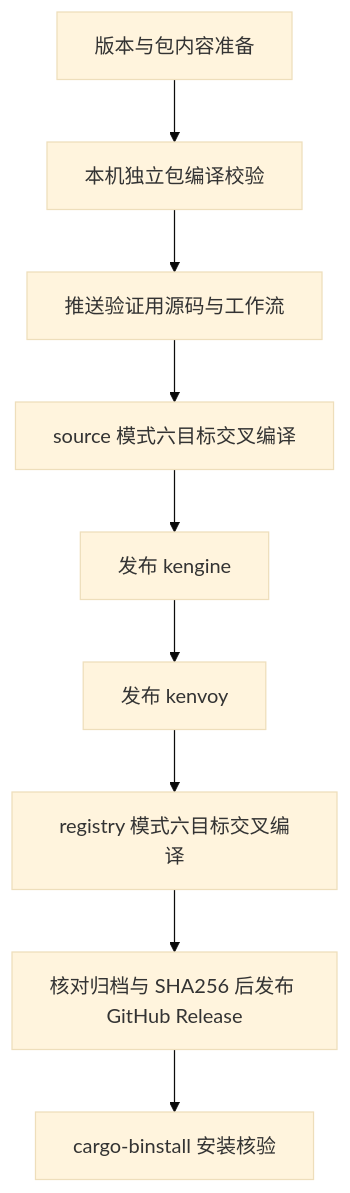
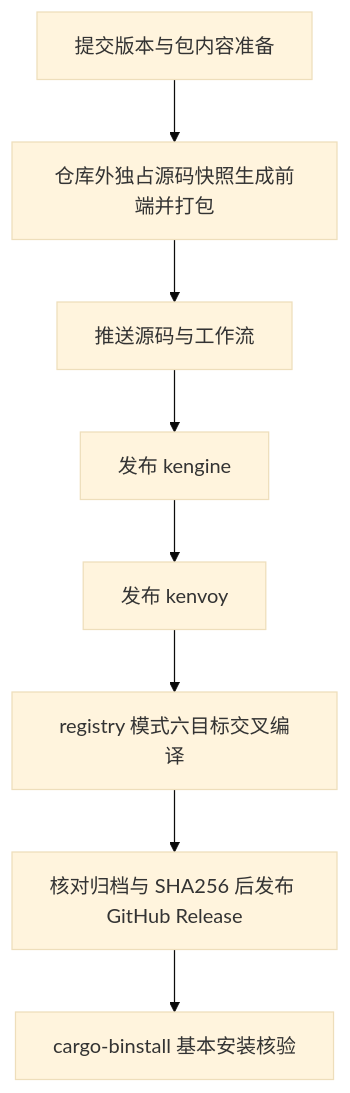
One commit to zerobiubiu/kenvoy changed the diagram in docs/operations/releasing.md. Above: the diagram before and after it, drawn with Mermaid (base theme). The commit also changed other lines of this file and 4 other files, not shown here.

````diff
--- a/docs/operations/releasing.md
+++ b/docs/operations/releasing.md
@@ -13,11 +13,10 @@
 ```mermaid
 flowchart TD
-  A[版本与包内容准备] --> B[本机独立包编译校验]
-  B --> C[推送验证用源码与工作流]
-  C --> D[source 模式六目标交叉编译]
-  D --> E[发布 kengine]
-  E --> F[发布 kenvoy]
-  F --> G[registry 模式六目标交叉编译]
-  G --> H[核对归档与 SHA256 后发布 GitHub Release]
-  H --> I[cargo-binstall 安装核验]
+  A[提交版本与包内容准备] --> B[仓库外独占源码快照生成前端并打包]
+  B --> C[推送源码与工作流]
+  C --> D[发布 kengine]
+  D --> E[发布 kenvoy]
+  E --> F[registry 模式六目标交叉编译]
+  F --> G[核对归档与 SHA256 后发布 GitHub Release]
+  G --> H[cargo-binstall 基本安装核验]
 ```
````
